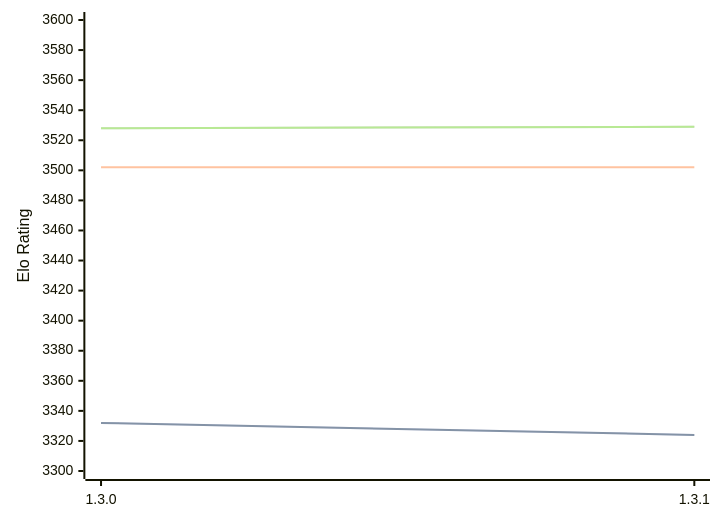
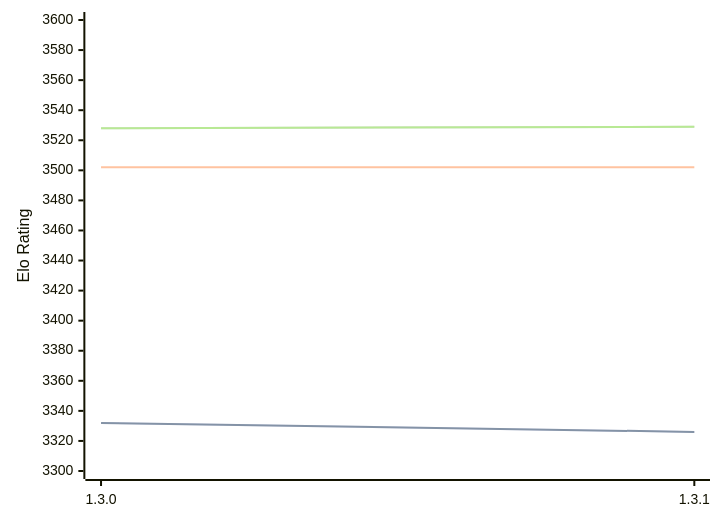
The diagram in engines/Renegade.md (computer-chess-index/cci), drawn with Mermaid before and after one commit. The commit also changed other lines of this file, not shown here.

````diff
--- a/engines/Renegade.md
+++ b/engines/Renegade.md
@@ -42,11 +42,11 @@
 ```mermaid
 %%{init: {"theme":"base","themeVariables":{"seriesColors:['#a3a3a3','#222221','#faa371']}}}%%
 xychart-beta
   x-axis ["1.3.0", "1.3.1"]
   y-axis "Elo Rating" 3300 --> 3600
-  line "STC (8.0+0.08s)" [3332, 3324]
-  line "STC (8.0+0.08s)" [3332, 3324]
+  line "STC (8.0+0.08s)" [3332, 3326]
+  line "STC (8.0+0.08s)" [3332, 3326]
   line "LTC (60.0+0.60s)" [3502, 3502]
   line "VLTC (2m24s+1.12s)" [3528, 3529]
   line "VLTC (2m24s+1.12s)" [3528, 3529]
 ```
````
